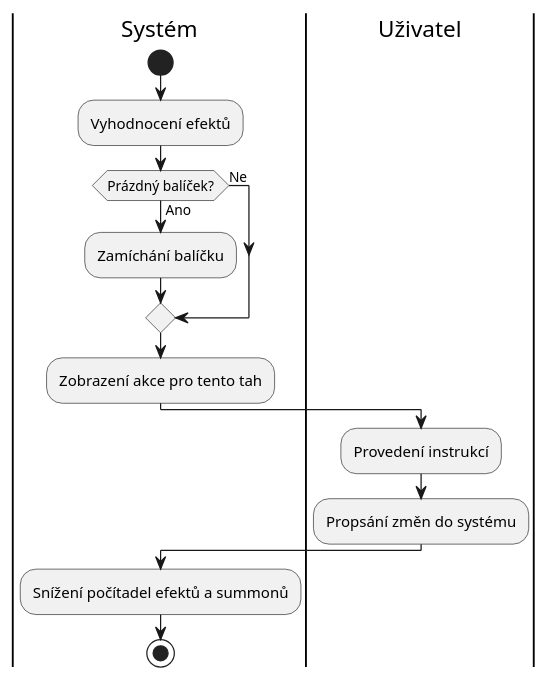
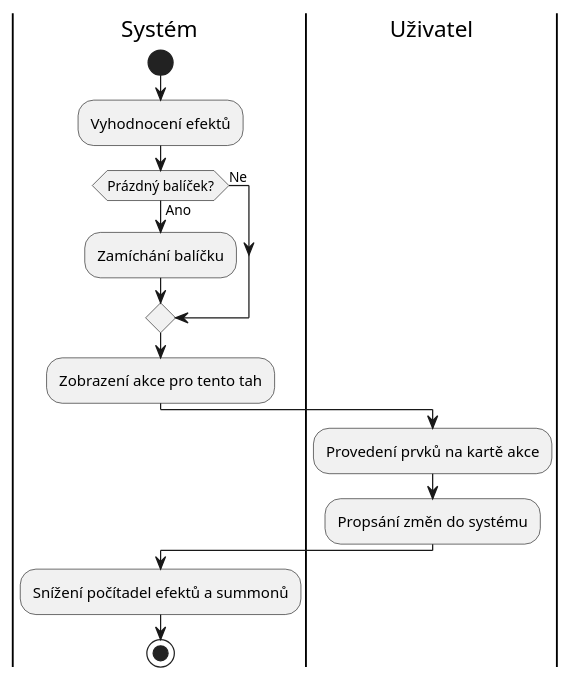
One commit to Trails-Through-Shadows/TTS-Thesis changed the diagram in kov0354/src/figures/diagrams/enemyTurn.puml. Above: the diagram before and after it, drawn with PlantUML. The commit also changed 2 other files, not shown here.

```diff
--- a/kov0354/src/figures/diagrams/enemyTurn.puml
+++ b/kov0354/src/figures/diagrams/enemyTurn.puml
@@ -1,20 +1,20 @@
 @startuml enemyTurn
 |Systém|
 start
 
 :Vyhodnocení efektů;
 if (Prázdný balíček?) then (Ano)
   :Zamíchání balíčku;
 else (Ne)
 endif
 :Zobrazení akce pro tento tah;
 
 |Uživatel|
-:Provedení instrukcí;
+:Provedení prvků na kartě akce;
 :Propsání změn do systému;
 
 |Systém|
 :Snížení počítadel efektů a summonů;
 
 stop
 @enduml
```
